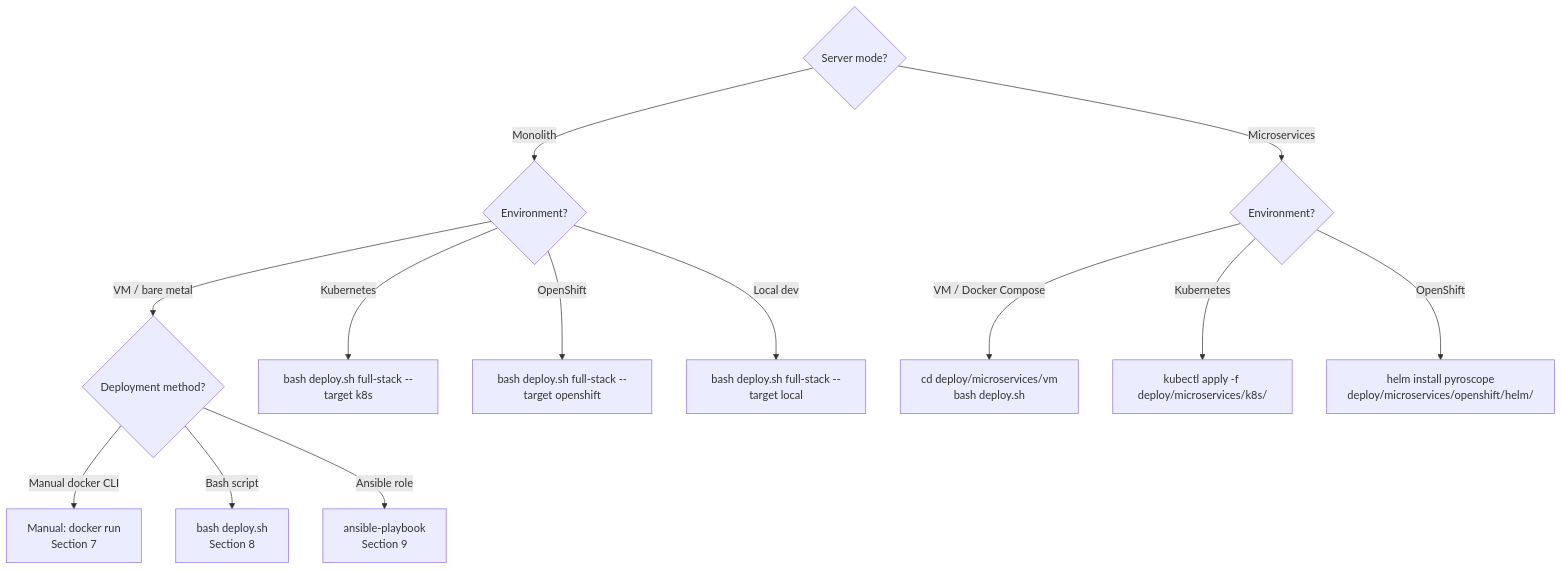
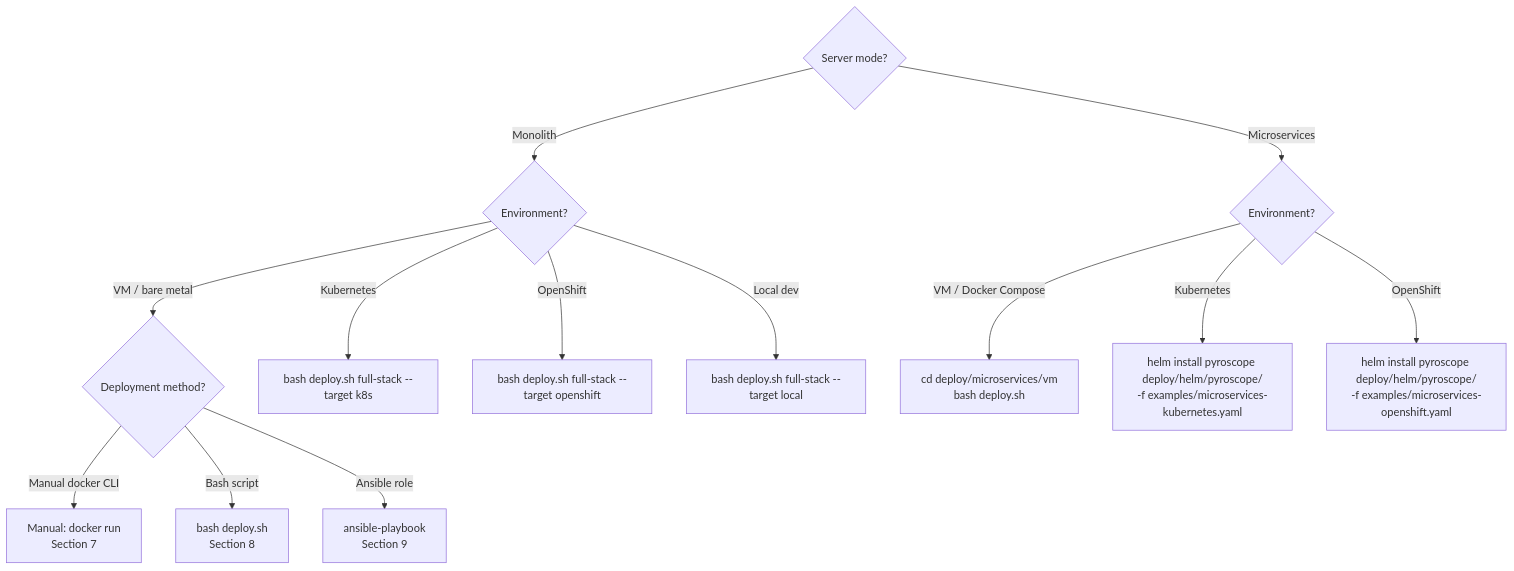
One commit to aff0gat000/pyroscope changed the fourth of 12 diagrams in docs/deployment-guide.md. Above: the diagram before and after it, drawn with Mermaid. The commit also changed other lines of this file and 61 other files, not shown here.

First line of the commit message:
Add unified Helm chart for monolith and microservices deployment

````diff
--- a/docs/deployment-guide.md
+++ b/docs/deployment-guide.md
@@ -81,18 +81,18 @@
 ```mermaid
 graph TD
     A{Server mode?} -->|Monolith| B{Environment?}
     A -->|Microservices| C{Environment?}
 
     B -->|VM / bare metal| D{Deployment method?}
     B -->|Kubernetes| E["bash deploy.sh full-stack --target k8s"]
     B -->|OpenShift| F["bash deploy.sh full-stack --target openshift"]
     B -->|Local dev| G["bash deploy.sh full-stack --target local"]
 
     D -->|Manual docker CLI| H["Manual: docker run<br/>Section 7"]
     D -->|Bash script| I["bash deploy.sh<br/>Section 8"]
     D -->|Ansible role| J["ansible-playbook<br/>Section 9"]
 
     C -->|VM / Docker Compose| K["cd deploy/microservices/vm<br/>bash deploy.sh"]
-    C -->|Kubernetes| L["kubectl apply -f deploy/microservices/k8s/"]
-    C -->|OpenShift| M["helm install pyroscope<br/>deploy/microservices/openshift/helm/"]
+    C -->|Kubernetes| L["helm install pyroscope deploy/helm/pyroscope/<br/>-f examples/microservices-kubernetes.yaml"]
+    C -->|OpenShift| M["helm install pyroscope deploy/helm/pyroscope/<br/>-f examples/microservices-openshift.yaml"]
 ```
````
